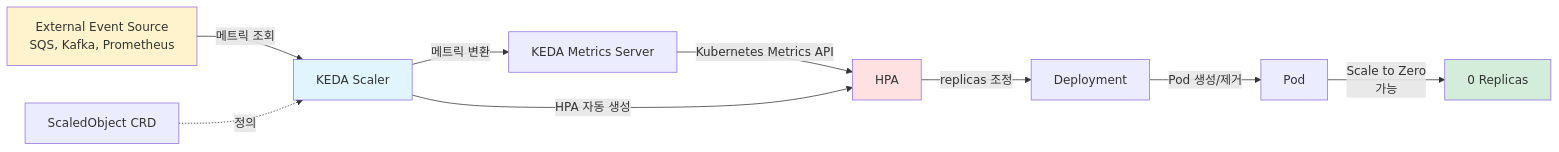
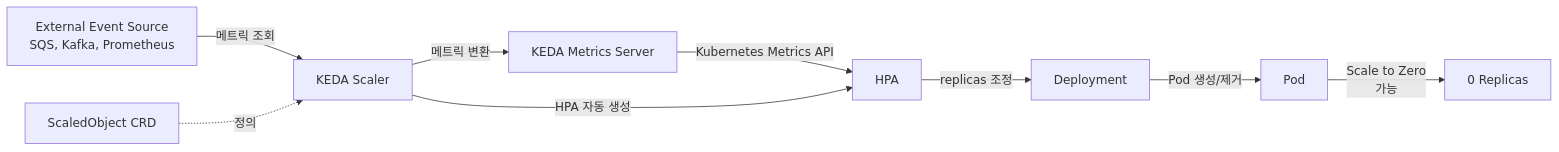
Before and after one commit to juwon8891/juwon8891.github.io: the second of 7 diagrams in docs/eks/week3-scaling.md, drawn with Mermaid. The commit also changed other lines of this file and 18 other files, not shown here.

Commit message:
Remove bright colors from Mermaid diagrams for dark mode compatibility

````diff
--- a/docs/eks/week3-scaling.md
+++ b/docs/eks/week3-scaling.md
@@ -325,18 +321,14 @@
 ```mermaid
 graph LR
     A[External Event Source<br/>SQS, Kafka, Prometheus] -->|메트릭 조회| B[KEDA Scaler]
     B -->|메트릭 변환| C[KEDA Metrics Server]
     C -->|Kubernetes Metrics API| D[HPA]
     D -->|replicas 조정| E[Deployment]
     E -->|Pod 생성/제거| F[Pod]
 
     G[ScaledObject CRD] -.->|정의| B
     B -->|HPA 자동 생성| D
 
     F -->|Scale to Zero<br/>가능| H[0 Replicas]
 
-    style A fill:#fff3cd
-    style B fill:#e1f5ff
-    style D fill:#ffe1e1
-    style H fill:#d4edda
 ```
````
